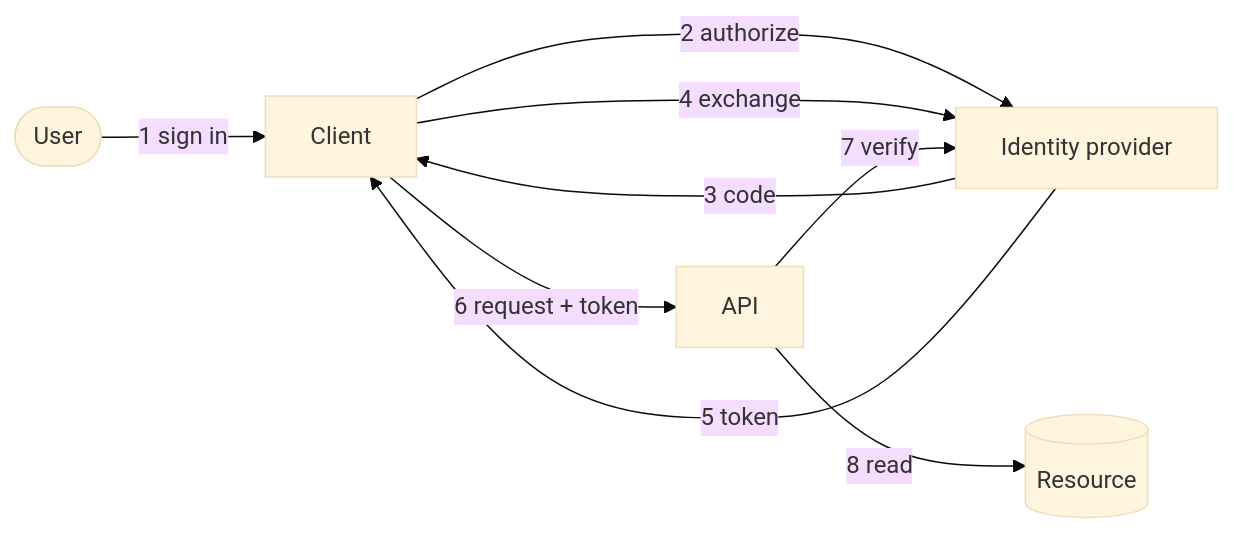
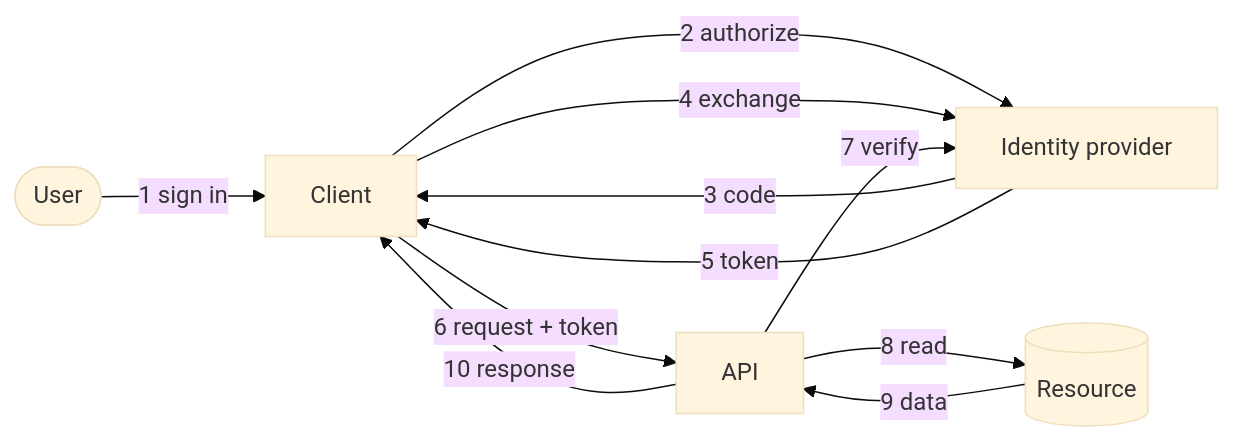
One commit to aditya11201/pstack changed the diagram in skills/learn-with-me/references/patterns/auth-flow.md. Above: the diagram before and after it, drawn with Mermaid (base theme). The commit also changed other lines of this file and 19 other files, not shown here.

````diff
--- a/skills/learn-with-me/references/patterns/auth-flow.md
+++ b/skills/learn-with-me/references/patterns/auth-flow.md
@@ -17,11 +25,13 @@
 ```mermaid
 flowchart LR
   user([User]) -->|1 sign in| client[Client]
   client -->|2 authorize| idp[Identity provider]
   idp -->|3 code| client
   client -->|4 exchange| idp
   idp -->|5 token| client
   client -->|6 request + token| api[API]
   api -->|7 verify| idp
   api -->|8 read| resource[(Resource)]
+  resource -->|9 data| api
+  api -->|10 response| client
 ```
````
